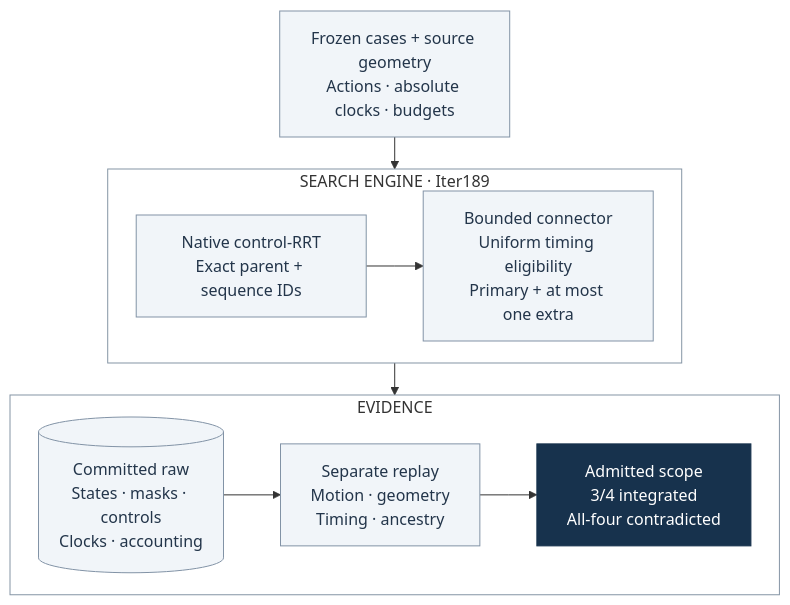
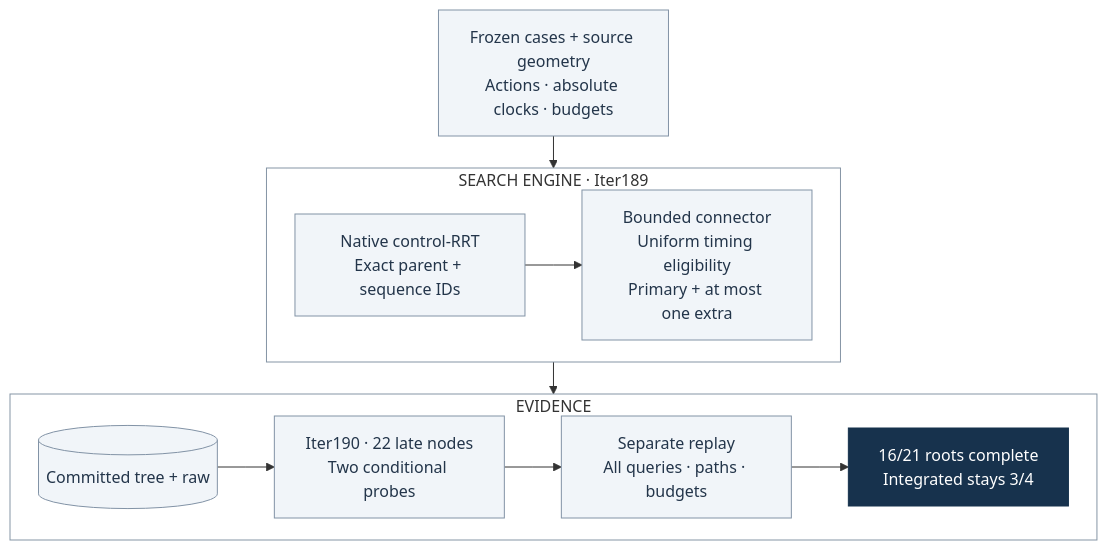
One commit to manfromnowhere143/sentinel changed the first of 10 diagrams in docs/ARCHITECTURE.md. Above: the diagram before and after it, drawn with Mermaid. The commit also changed other lines of this file and 42 other files, not shown here.

Commit message:
Close the late continuation audit and show all retained opportunities

````diff
--- a/docs/ARCHITECTURE.md
+++ b/docs/ARCHITECTURE.md
@@ -17,29 +17,29 @@
 ```mermaid
 ---
 config:
   flowchart:
     curve: linear
     nodeSpacing: 24
     wrappingWidth: 170
     rankSpacing: 32
 ---
 flowchart TB
   accTitle: Current recovery research engine and evidence path
-  accDescr: Privileged search produces raw records; separate replay admits bounded claims.
+  accDescr: Conditional continuation is audited separately from integrated qualification.
   S["Frozen cases + source geometry<br/>Actions · absolute clocks · budgets"]
   subgraph P["SEARCH ENGINE · Iter189"]
     direction LR
     R["Native control-RRT<br/>Exact parent + sequence IDs"] --> C["Bounded connector<br/>Uniform timing eligibility<br/>Primary + at most one extra"]
   end
   S --> P
   subgraph E["EVIDENCE"]
     direction LR
-    D[("Committed raw<br/>States · masks · controls<br/>Clocks · accounting")] --> V["Separate replay<br/>Motion · geometry<br/>Timing · ancestry"] --> A["Admitted scope<br/>3/4 integrated<br/>All-four contradicted"]
+    D[("Committed tree + raw")] --> Q["Iter190 · 22 late nodes<br/>Two conditional probes"] --> V["Separate replay<br/>All queries · paths · budgets"] --> A["16/21 roots complete<br/>Integrated stays 3/4"]
   end
   P --> E
   classDef default fill:#f1f5f9,stroke:#8293a6,color:#23354a;
   classDef focus fill:#17324d,stroke:#17324d,color:#fff;
   class A focus;
   style P fill:transparent,stroke:#8595a5
   style E fill:transparent,stroke:#8595a5
 ```
````
